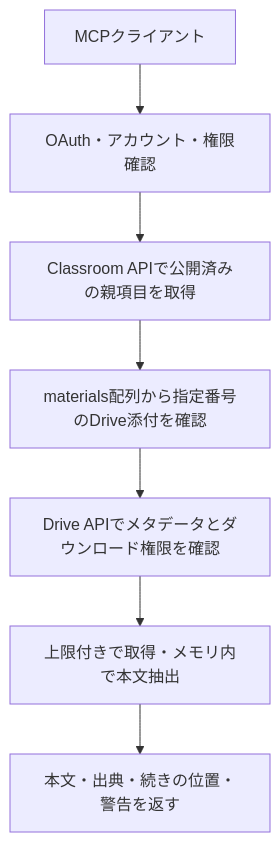
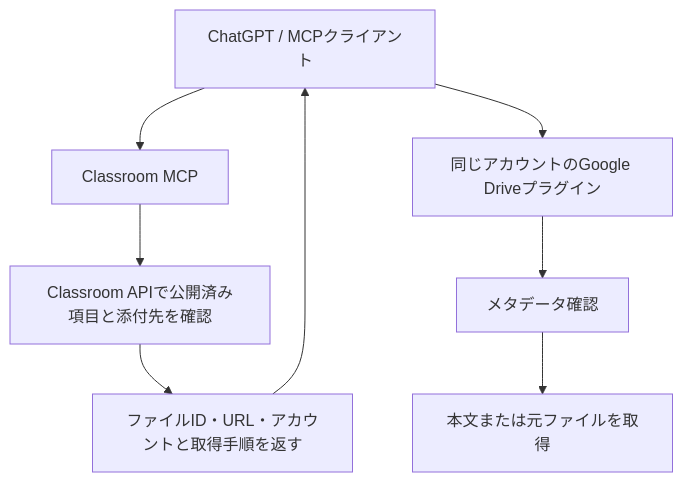
The diagram in docs/materials.md (Mugen-Ibi/Classroom-MCP), drawn with Mermaid before and after one commit. The commit also changed other lines of this file and 24 other files, not shown here.

Commit message:
Delegate Classroom attachment retrieval to Google Drive plugin

````diff
--- a/docs/materials.md
+++ b/docs/materials.md
@@ -7,9 +7,10 @@
 ```mermaid
 flowchart TD
-    A[MCPクライアント] --> B[OAuth・アカウント・権限確認]
-    B --> C[Classroom APIで公開済みの親項目を取得]
-    C --> D[materials配列から指定番号のDrive添付を確認]
-    D --> E[Drive APIでメタデータとダウンロード権限を確認]
-    E --> F[上限付きで取得・メモリ内で本文抽出]
-    F --> G[本文・出典・続きの位置・警告を返す]
+    A[ChatGPT / MCPクライアント] --> B[Classroom MCP]
+    B --> C[Classroom APIで公開済み項目と添付先を確認]
+    C --> D[ファイルID・URL・アカウントと取得手順を返す]
+    D --> A
+    A --> E[同じアカウントのGoogle Driveプラグイン]
+    E --> F[メタデータ確認]
+    F --> G[本文または元ファイルを取得]
 ```
````
